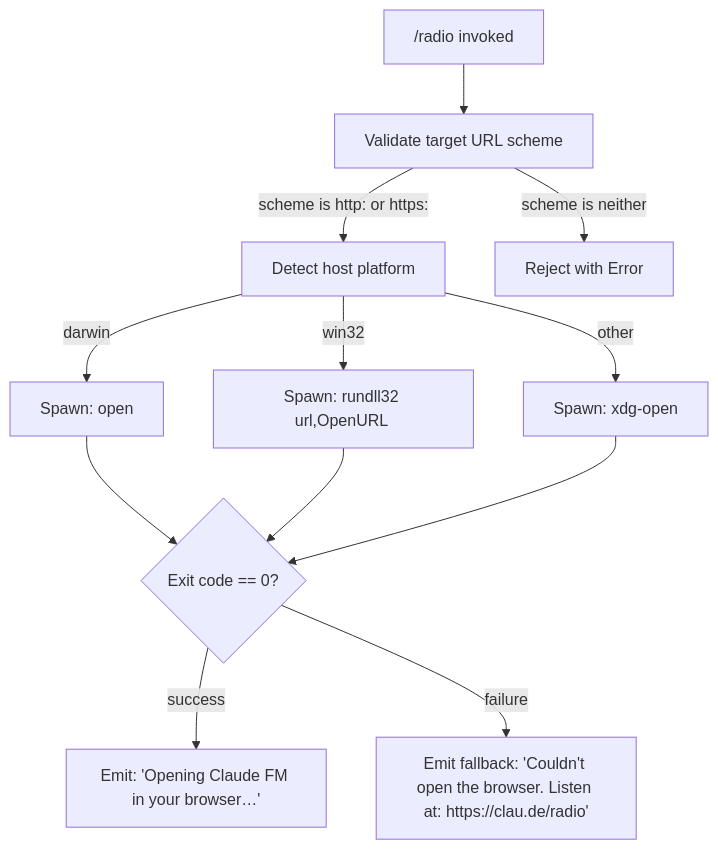
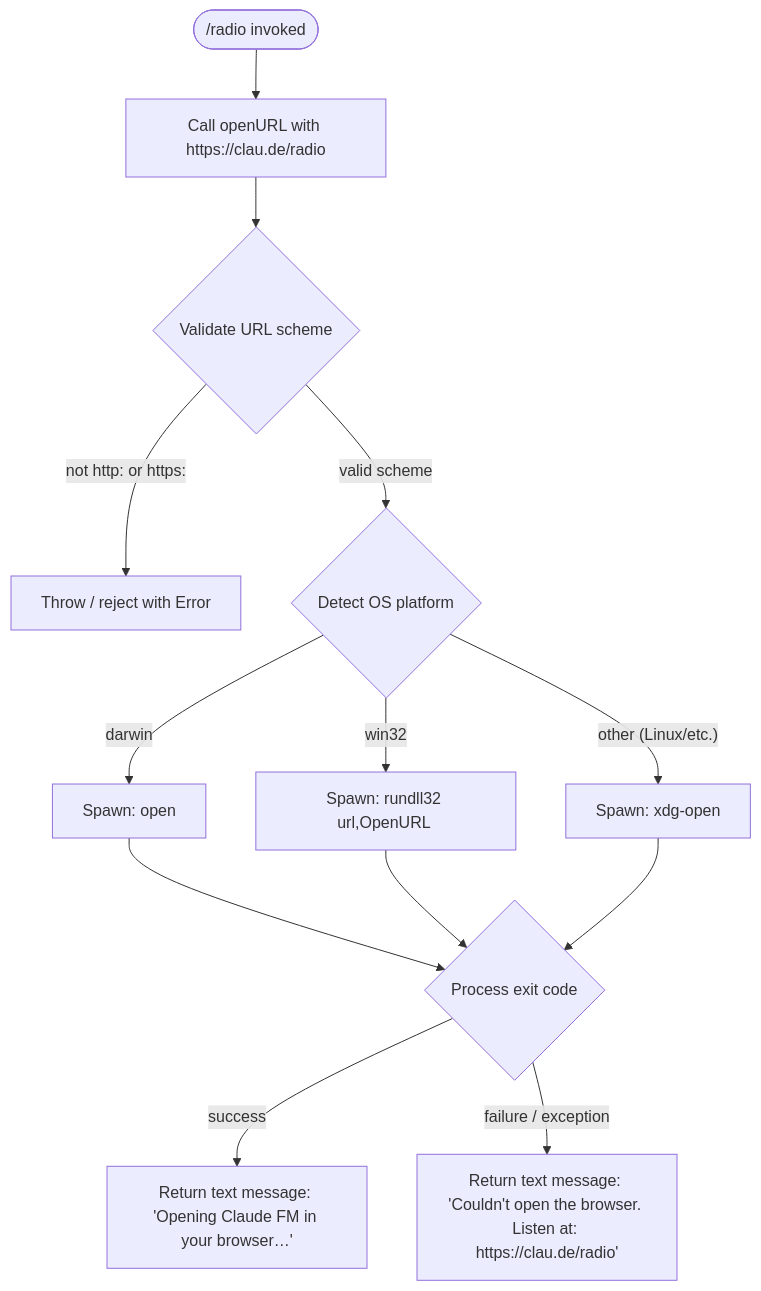
Before and after one commit to MyLittleLuckyDog/cc-gnothi: the diagram in versions/v2.1.143/radio.md, drawn with Mermaid. The commit also changed other lines of this file and 483 other files, not shown here.

````diff
--- a/versions/v2.1.143/radio.md
+++ b/versions/v2.1.143/radio.md
@@ -46,14 +56,13 @@
 ```mermaid
 flowchart TD
-    A["/radio invoked"] --> B[Validate target URL scheme]
-    B -->|scheme is http: or https:| C[Detect host platform]
-    B -->|scheme is neither| E[Reject with Error]
-    C -->|darwin| D1["Spawn: open <url>"]
-    C -->|win32| D2["Spawn: rundll32 url,OpenURL <url>"]
-    C -->|other| D3["Spawn: xdg-open <url>"]
-    D1 --> F{Exit code == 0?}
-    D2 --> F
-    D3 --> F
-    F -->|success| G["Emit: 'Opening Claude FM in your browser…'"]
-    F -->|failure| H["Emit fallback: 'Couldn't open the browser. Listen at: https://clau.de/radio'"]
+    A(["/radio invoked"]) --> B["Call openURL with https://clau.de/radio"]
+    B --> C{Validate URL scheme}
+    C -- "not http: or https:" --> D["Throw / reject with Error"]
+    C -- "valid scheme" --> E{Detect OS platform}
+    E -- "darwin" --> F["Spawn: open <url>"]
+    E -- "win32" --> G["Spawn: rundll32 url,OpenURL <url>"]
+    E -- "other (Linux/etc.)" --> H["Spawn: xdg-open <url>"]
+    F & G & H --> I{Process exit code}
+    I -- "success" --> J["Return text message: 'Opening Claude FM in your browser…'"]
+    I -- "failure / exception" --> K["Return text message: 'Couldn't open the browser. Listen at: https://clau.de/radio'"]
 ```
````
